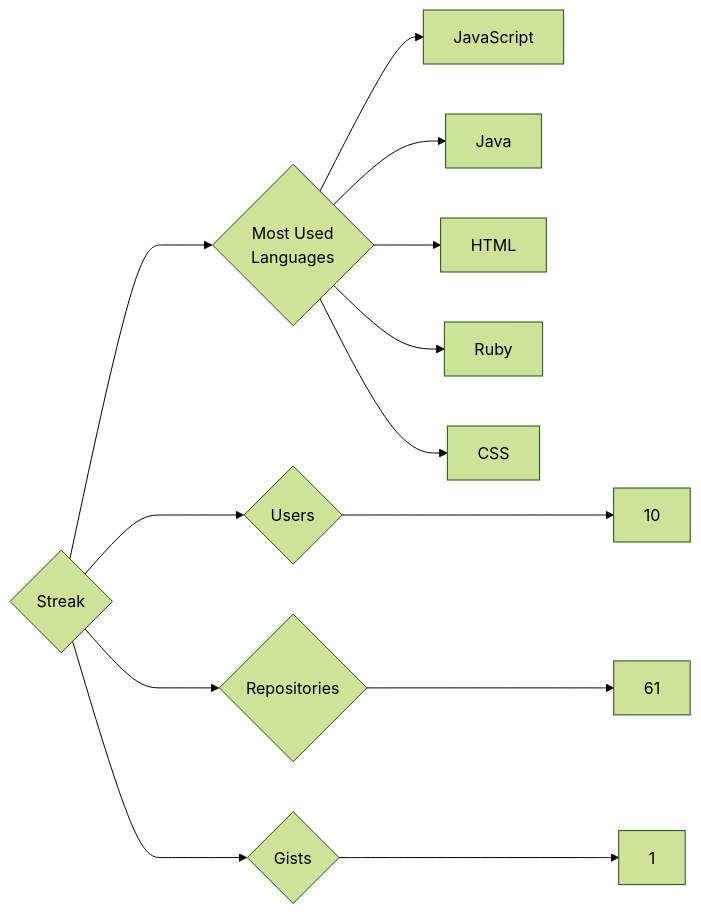
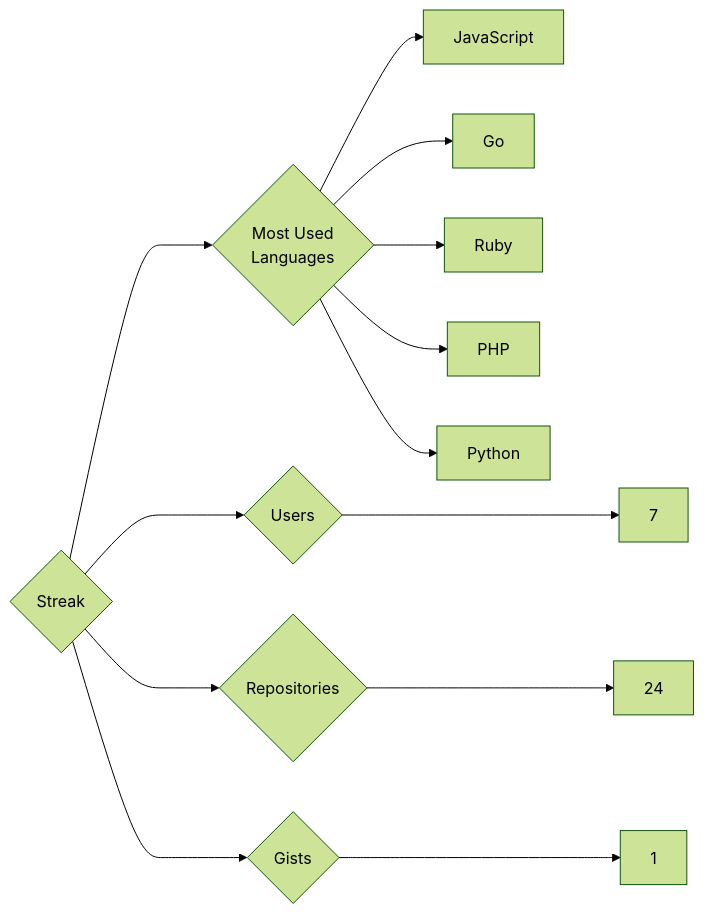
Before and after one commit to trickest/insiders: the diagram in targets/Streak/README.md, drawn with Mermaid (forest theme). The commit also changed 725 other files, not shown here.

````diff
--- a/targets/Streak/README.md
+++ b/targets/Streak/README.md
@@ -3,13 +3,13 @@
 ```mermaid
 graph LR
 COMPANY_NAME{Streak}
-COMPANY_NAME ---> U{Users} ---> UN[10]
-COMPANY_NAME ---> R{Repositories} ---> RN[61]
+COMPANY_NAME ---> U{Users} ---> UN[7]
+COMPANY_NAME ---> R{Repositories} ---> RN[24]
 COMPANY_NAME ---> G{Gists} ---> GN[1]
 COMPANY_NAME ---> ML{Most Used<br>Languages}
 ML --> JavaScript[JavaScript]
-ML --> Java[Java]
-ML --> HTML[HTML]
+ML --> Go[Go]
 ML --> Ruby[Ruby]
-ML --> CSS[CSS]
+ML --> PHP[PHP]
+ML --> Python[Python]
 ```
````
